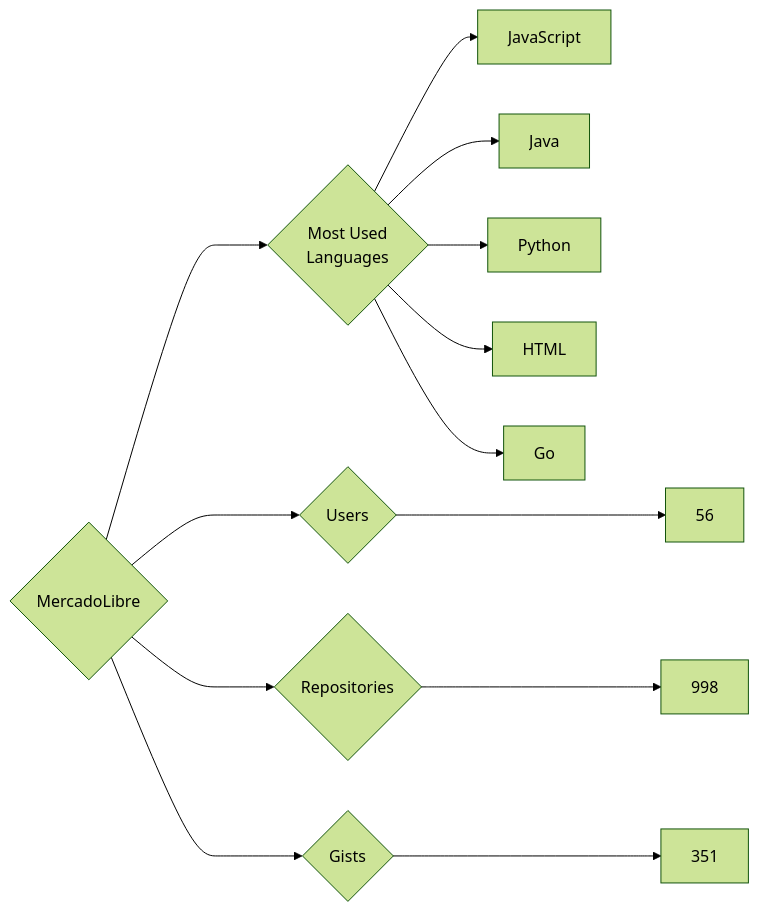
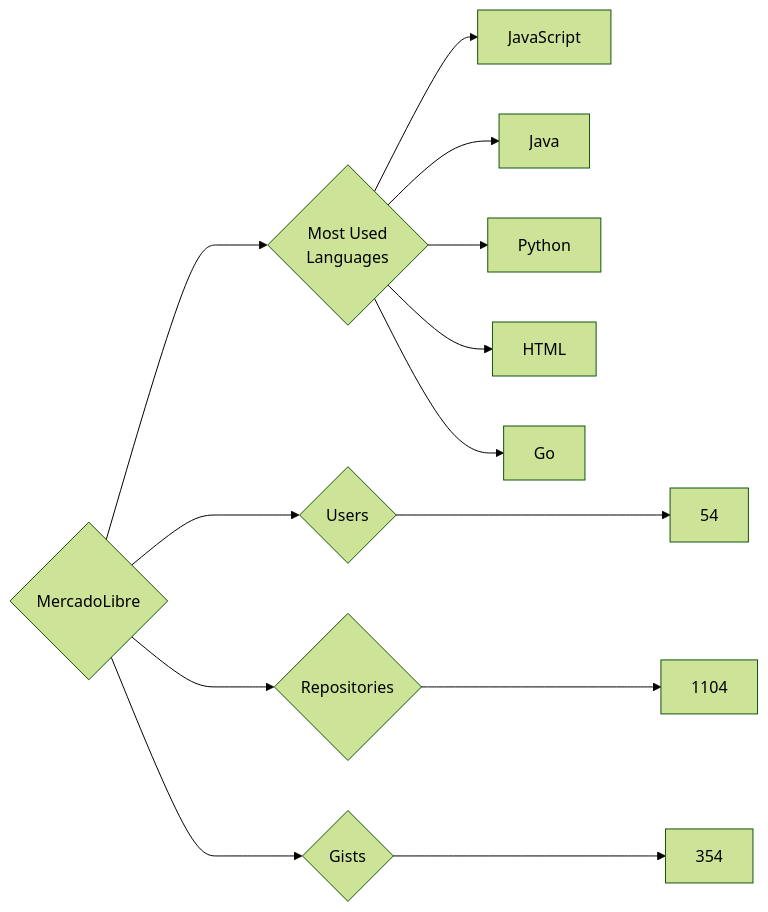
Before and after one commit to trickest/insiders: the diagram in targets/MercadoLibre/README.md, drawn with Mermaid (forest theme). The commit also changed 976 other files, not shown here.

````diff
--- a/targets/MercadoLibre/README.md
+++ b/targets/MercadoLibre/README.md
@@ -3,13 +3,13 @@
 ```mermaid
 graph LR
 COMPANY_NAME{MercadoLibre}
-COMPANY_NAME ---> U{Users} ---> UN[56]
-COMPANY_NAME ---> R{Repositories} ---> RN[998]
-COMPANY_NAME ---> G{Gists} ---> GN[351]
+COMPANY_NAME ---> U{Users} ---> UN[54]
+COMPANY_NAME ---> R{Repositories} ---> RN[1104]
+COMPANY_NAME ---> G{Gists} ---> GN[354]
 COMPANY_NAME ---> ML{Most Used<br>Languages}
 ML --> JavaScript[JavaScript]
 ML --> Java[Java]
 ML --> Python[Python]
 ML --> HTML[HTML]
 ML --> Go[Go]
 ```
````
